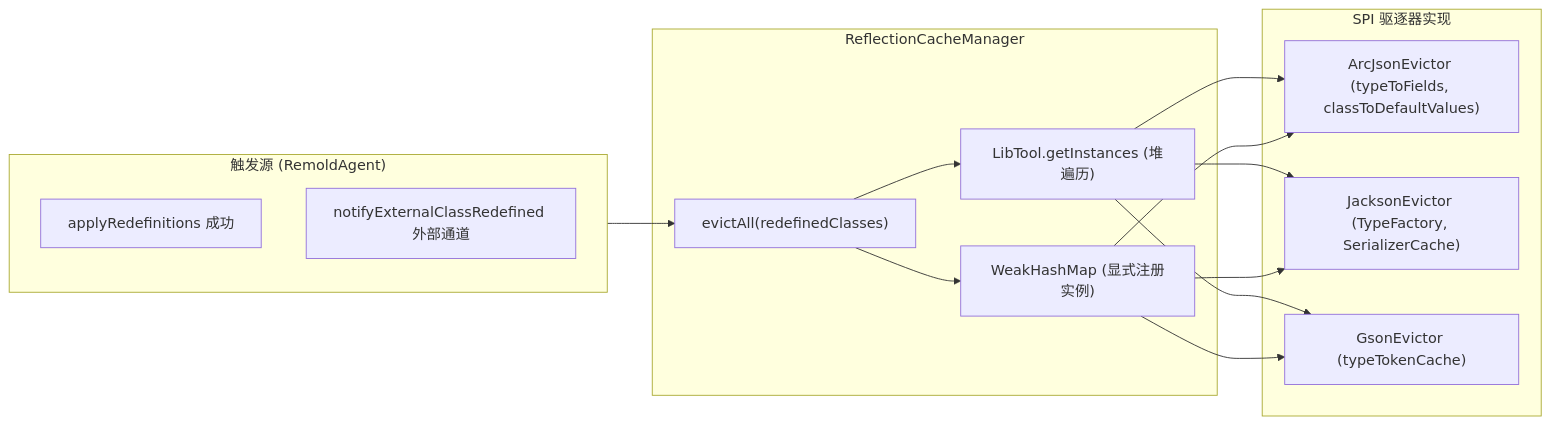
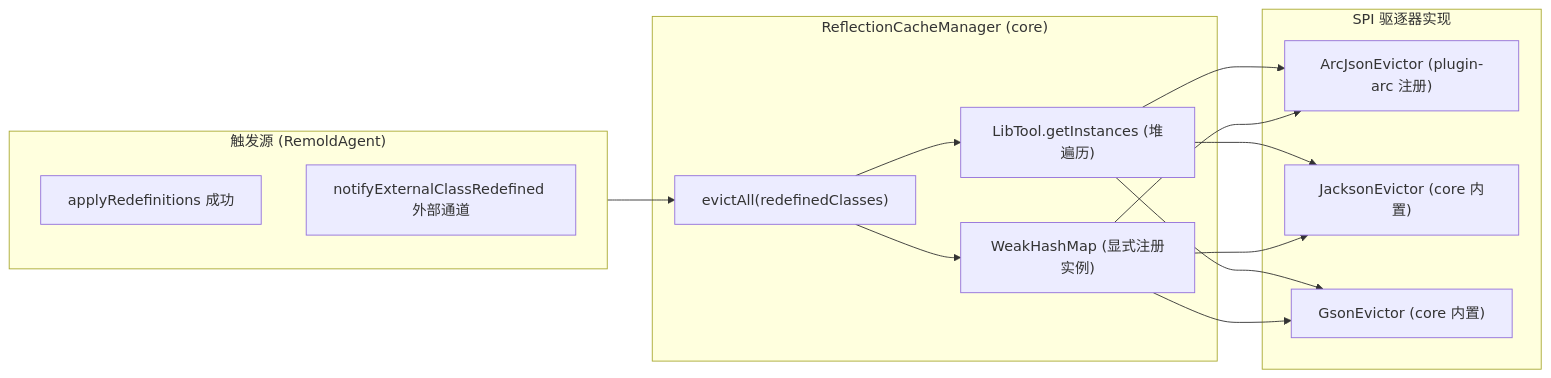
One commit to I-hope1/Remold changed the third of 3 diagrams in docs/offset/01-offset-and-reflection-cache.md. Above: the diagram before and after it, drawn with Mermaid. The commit also changed other lines of this file and 8 other files, not shown here.

First line of the commit message:
refactor(evict): Arc Json 驱逐器迁入 plugin-arc，核心不再持有 Arc 知识

````diff
--- a/docs/offset/01-offset-and-reflection-cache.md
+++ b/docs/offset/01-offset-and-reflection-cache.md
@@ -109,23 +109,23 @@
 ```mermaid
 flowchart LR
     subgraph Trigger["触发源 (RemoldAgent)"]
         R1["applyRedefinitions 成功"]
         R2["notifyExternalClassRedefined 外部通道"]
     end
 
-    subgraph Manager["ReflectionCacheManager"]
+    subgraph Manager["ReflectionCacheManager (core)"]
         M1["evictAll(redefinedClasses)"]
         H1["LibTool.getInstances (堆遍历)"]
         H2["WeakHashMap (显式注册实例)"]
     end
 
     subgraph Evictors["SPI 驱逐器实现"]
-        E1["ArcJsonEvictor (typeToFields, classToDefaultValues)"]
-        E2["JacksonEvictor (TypeFactory, SerializerCache)"]
-        E3["GsonEvictor (typeTokenCache)"]
+        E1["ArcJsonEvictor (plugin-arc 注册)"]
+        E2["JacksonEvictor (core 内置)"]
+        E3["GsonEvictor (core 内置)"]
     end
 
     Trigger --> M1
     M1 --> H1 & H2
     H1 & H2 --> E1 & E2 & E3
 ```
````
